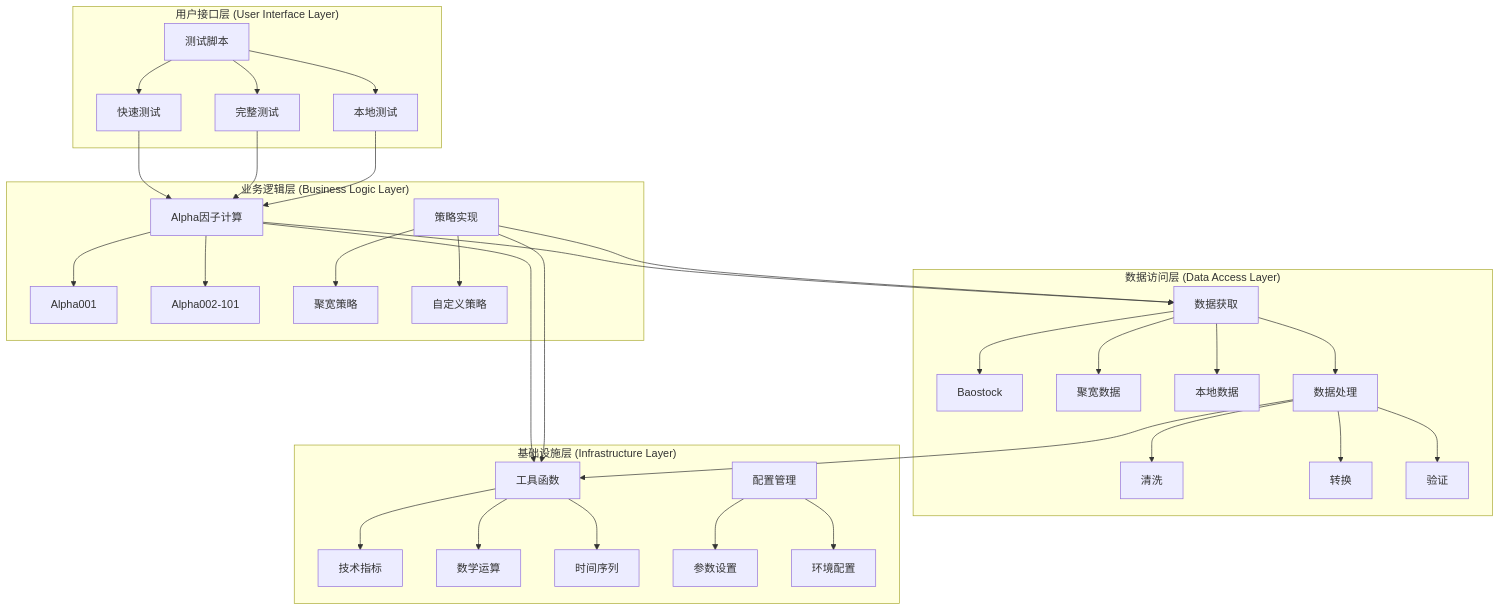
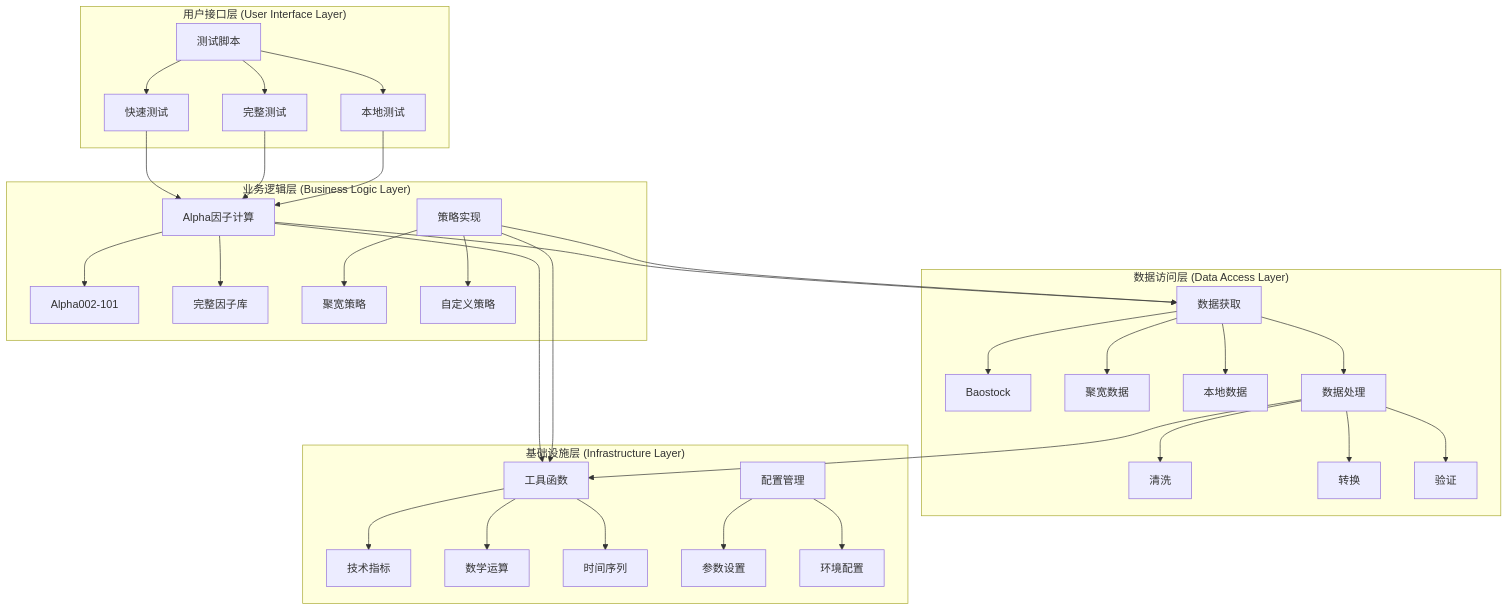
The first of 6 diagrams in README.md (YutaoWang03/Quant---Alpha101), drawn with Mermaid before and after one commit. The commit also changed other lines of this file and 14 other files, not shown here.

````diff
--- a/README.md
+++ b/README.md
@@ -80,42 +139,42 @@
 ```mermaid
 graph TB
     subgraph "用户接口层 (User Interface Layer)"
         A[测试脚本] --> B[快速测试]
         A --> C[完整测试]
         A --> D[本地测试]
     end
     
     subgraph "业务逻辑层 (Business Logic Layer)"
-        E[Alpha因子计算] --> F[Alpha001]
-        E --> G[Alpha002-101]
+        E[Alpha因子计算] --> F[Alpha002-101]
+        E --> G[完整因子库]
         H[策略实现] --> I[聚宽策略]
         H --> J[自定义策略]
     end
     
     subgraph "数据访问层 (Data Access Layer)"
         K[数据获取] --> L[Baostock]
         K --> M[聚宽数据]
         K --> N[本地数据]
         O[数据处理] --> P[清洗]
         O --> Q[转换]
         O --> R[验证]
     end
     
     subgraph "基础设施层 (Infrastructure Layer)"
         S[工具函数] --> T[技术指标]
         S --> U[数学运算]
         S --> V[时间序列]
         W[配置管理] --> X[参数设置]
         W --> Y[环境配置]
     end
     
     B --> E
     C --> E
     D --> E
     E --> K
     E --> S
     H --> K
     H --> S
     K --> O
     O --> S
 ```
````
